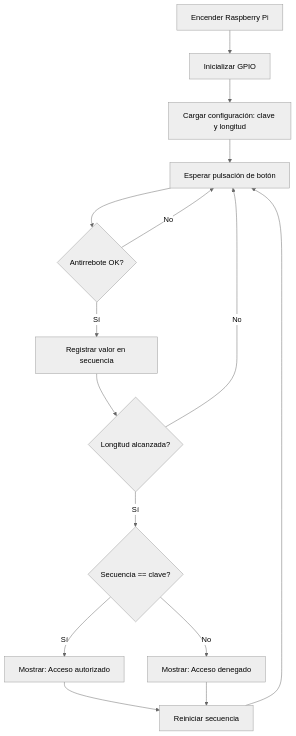
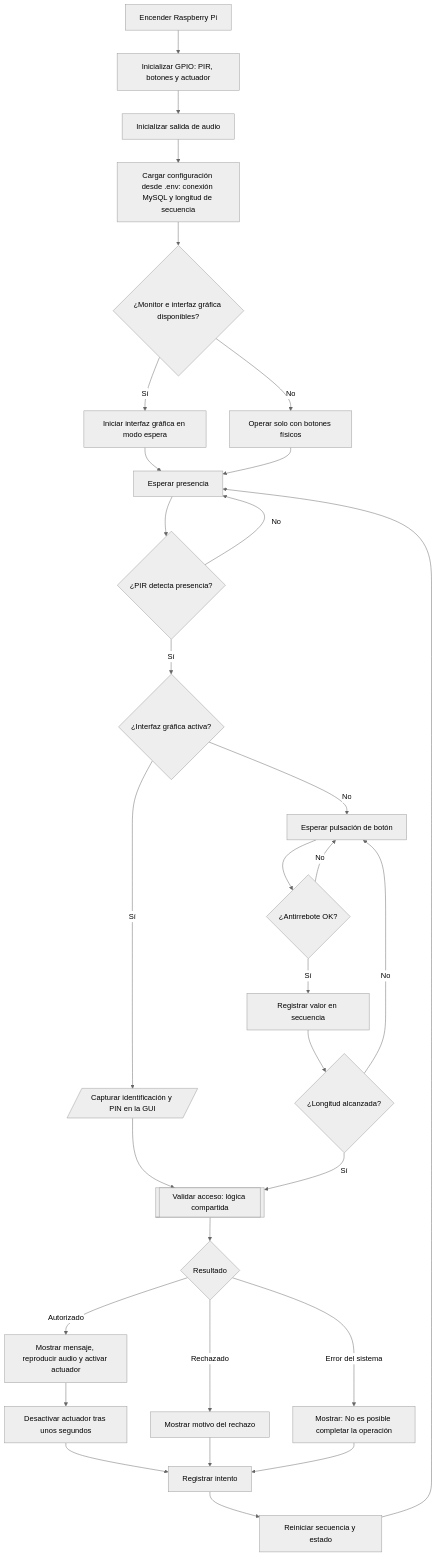
One commit to MrGodie/ControlAccesoRPI changed the diagram in docs/system_flowchart.md. Above: the diagram before and after it, drawn with Mermaid (neutral theme).

Commit message:
docs: Updated system_flowchart.md (closes #37)

````diff
--- a/docs/system_flowchart.md
+++ b/docs/system_flowchart.md
@@ -1,17 +1,38 @@
 ```mermaid
 flowchart TD
-    A[Encender Raspberry Pi] --> B[Inicializar GPIO]
-    B --> C[Cargar configuración: clave y longitud]
-    C --> D[Esperar pulsación de botón]
-    D --> E{Antirrebote OK?}
-    E -- No --> D
-    E -- Sí --> F[Registrar valor en secuencia]
-    F --> G{Longitud alcanzada?}
-    G -- No --> D
-    G -- Sí --> H{Secuencia == clave?}
-    H -- Sí --> I[Mostrar: Acceso autorizado]
-    H -- No --> J[Mostrar: Acceso denegado]
-    I --> K[Reiniciar secuencia]
-    J --> K
-    K --> D
+    A[Encender Raspberry Pi] --> B[Inicializar GPIO: PIR, botones y actuador]
+    B --> C[Inicializar salida de audio]
+    C --> D[Cargar configuración desde .env: conexión MySQL y longitud de secuencia]
+    D --> E{¿Monitor e interfaz gráfica disponibles?}
+    E -- Sí --> F[Iniciar interfaz gráfica en modo espera]
+    E -- No --> G[Operar solo con botones físicos]
+    F --> H[Esperar presencia]
+    G --> H
+
+    H --> I{¿PIR detecta presencia?}
+    I -- No --> H
+    I -- Sí --> J{¿Interfaz gráfica activa?}
+
+    J -- Sí --> K[/Capturar identificación y PIN en la GUI/]
+    K --> V[[Validar acceso: lógica compartida]]
+
+    J -- No --> L[Esperar pulsación de botón]
+    L --> M{¿Antirrebote OK?}
+    M -- No --> L
+    M -- Sí --> N[Registrar valor en secuencia]
+    N --> O{¿Longitud alcanzada?}
+    O -- No --> L
+    O -- Sí --> V
+
+    V --> P{Resultado}
+    P -- Autorizado --> Q[Mostrar mensaje, reproducir audio y activar actuador]
+    Q --> R[Desactivar actuador tras unos segundos]
+    P -- Rechazado --> S[Mostrar motivo del rechazo]
+    P -- Error del sistema --> T[Mostrar: No es posible completar la operación]
+
+    R --> U[Registrar intento]
+    S --> U
+    T --> U
+    U --> W[Reiniciar secuencia y estado]
+    W --> H
 ```
````
